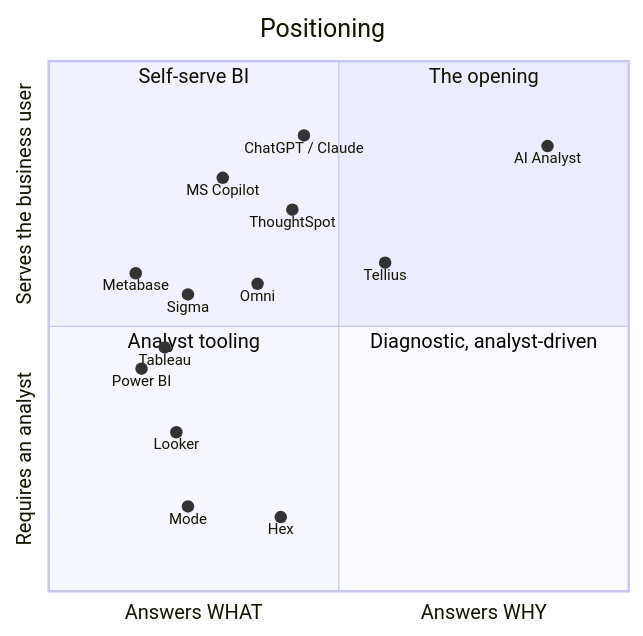
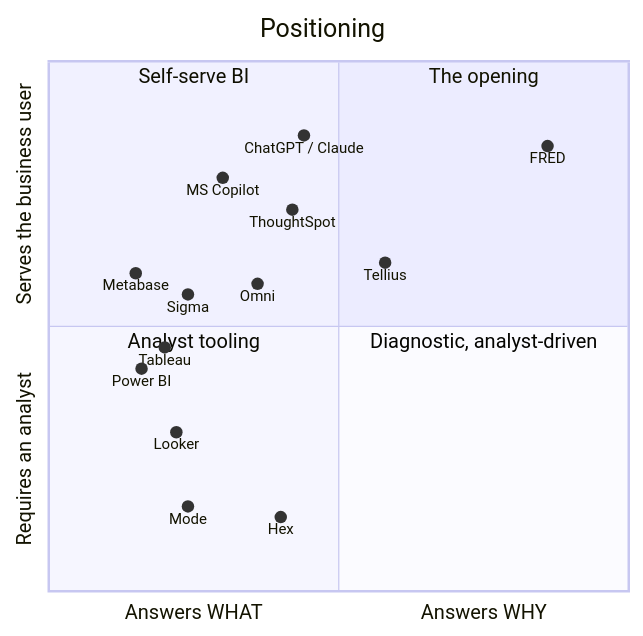
Before and after one commit to ankushkumar74/FRED-AI: diagram 31 of 33 in docs/BLUEPRINT.md, drawn with Mermaid. The commit also changed other lines of this file and 7 other files, not shown here.

````diff
--- a/docs/BLUEPRINT.md
+++ b/docs/BLUEPRINT.md
@@ -3249,23 +3249,23 @@
 ```mermaid
 quadrantChart
     title Positioning
     x-axis "Answers WHAT" --> "Answers WHY"
     y-axis "Requires an analyst" --> "Serves the business user"
     quadrant-1 "The opening"
     quadrant-2 "Self-serve BI"
     quadrant-3 "Analyst tooling"
     quadrant-4 "Diagnostic, analyst-driven"
     "Power BI": [0.16, 0.42]
     "Tableau": [0.20, 0.46]
     "Looker": [0.22, 0.30]
     "Metabase": [0.15, 0.60]
     "Mode": [0.24, 0.16]
     "Hex": [0.40, 0.14]
     "Sigma": [0.24, 0.56]
     "Omni": [0.36, 0.58]
     "ThoughtSpot": [0.42, 0.72]
     "Tellius": [0.58, 0.62]
     "ChatGPT / Claude": [0.44, 0.86]
     "MS Copilot": [0.30, 0.78]
-    "AI Analyst": [0.86, 0.84]
+    "FRED": [0.86, 0.84]
 ```
````
